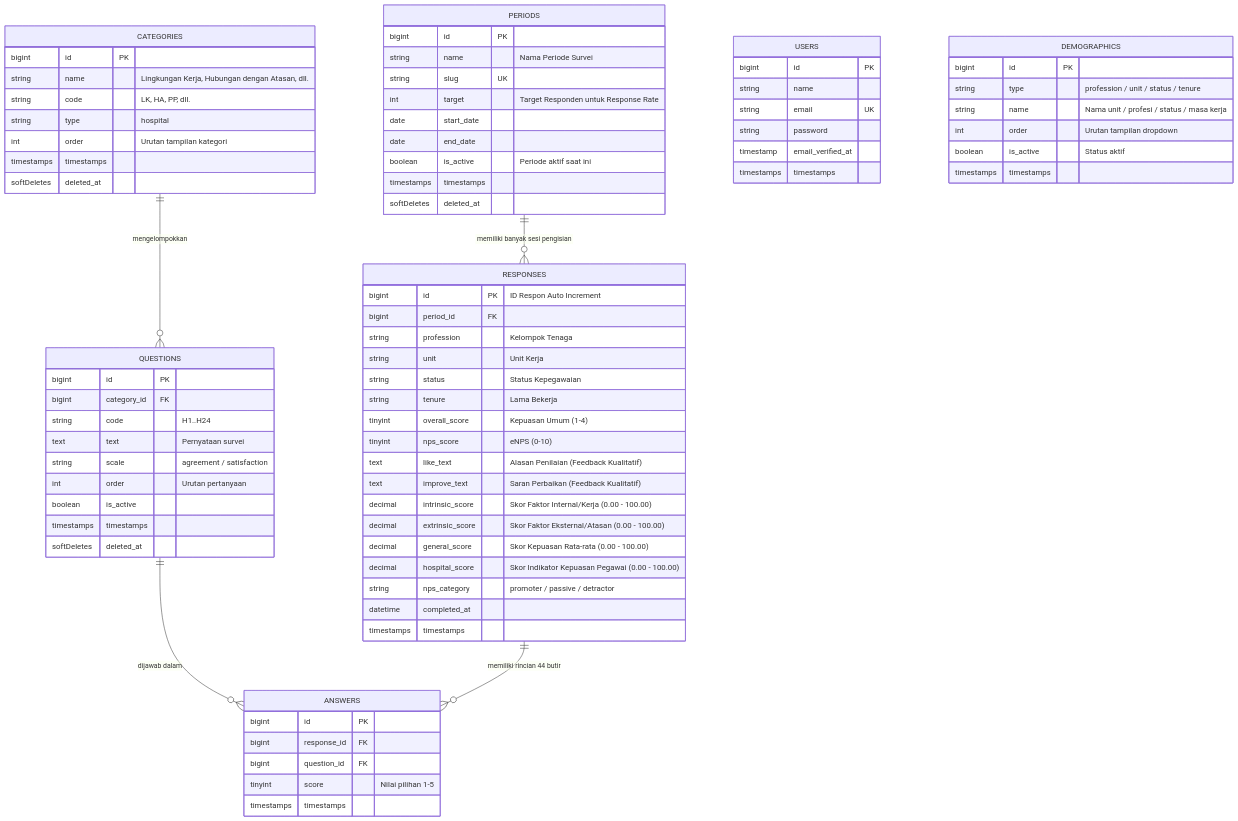
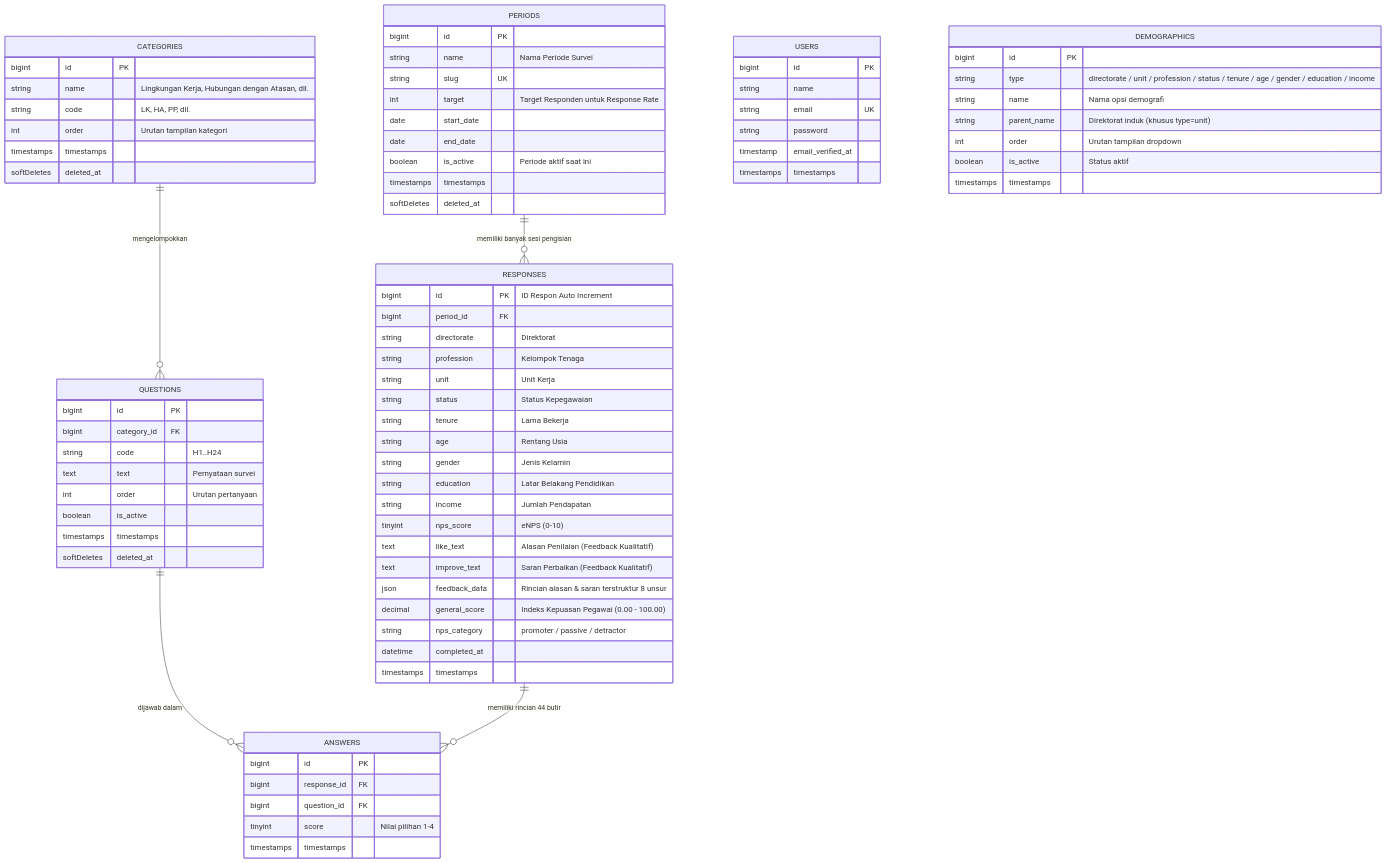
The diagram in docs/erd.md (Amadd11/HESS), drawn with Mermaid before and after one commit. The commit also changed other lines of this file and 63 other files, not shown here.

````diff
--- a/docs/erd.md
+++ b/docs/erd.md
@@ -34,8 +34,9 @@
 
     DEMOGRAPHICS {
         bigint id PK
-        string type "profession / unit / status / tenure"
-        string name "Nama unit / profesi / status / masa kerja"
+        string type "directorate / unit / profession / status / tenure / age / gender / education / income"
+        string name "Nama opsi demografi"
+        string parent_name "Direktorat induk (khusus type=unit)"
         int order "Urutan tampilan dropdown"
         boolean is_active "Status aktif"
         timestamps timestamps
@@ -57,7 +58,6 @@
         bigint id PK
         string name "Lingkungan Kerja, Hubungan dengan Atasan, dll."
         string code "LK, HA, PP, dll."
-        string type "hospital"
         int order "Urutan tampilan kategori"
         timestamps timestamps
         softDeletes deleted_at
@@ -68,7 +68,6 @@
         bigint category_id FK
         string code "H1..H24"
         text text "Pernyataan survei"
-        string scale "agreement / satisfaction"
         int order "Urutan pertanyaan"
         boolean is_active
         timestamps timestamps
@@ -78,18 +77,20 @@
     RESPONSES {
         bigint id PK "ID Respon Auto Increment"
         bigint period_id FK
+        string directorate "Direktorat"
         string profession "Kelompok Tenaga"
         string unit "Unit Kerja"
         string status "Status Kepegawaian"
         string tenure "Lama Bekerja"
-        tinyint overall_score "Kepuasan Umum (1-4)"
+        string age "Rentang Usia"
+        string gender "Jenis Kelamin"
+        string education "Latar Belakang Pendidikan"
+        string income "Jumlah Pendapatan"
         tinyint nps_score "eNPS (0-10)"
         text like_text "Alasan Penilaian (Feedback Kualitatif)"
         text improve_text "Saran Perbaikan (Feedback Kualitatif)"
-        decimal intrinsic_score "Skor Faktor Internal/Kerja (0.00 - 100.00)"
-        decimal extrinsic_score "Skor Faktor Eksternal/Atasan (0.00 - 100.00)"
-        decimal general_score "Skor Kepuasan Rata-rata (0.00 - 100.00)"
-        decimal hospital_score "Skor Indikator Kepuasan Pegawai (0.00 - 100.00)"
+        json feedback_data "Rincian alasan & saran terstruktur 8 unsur"
+        decimal general_score "Indeks Kepuasan Pegawai (0.00 - 100.00)"
         string nps_category "promoter / passive / detractor"
         datetime completed_at
         timestamps timestamps
@@ -99,7 +100,7 @@
         bigint id PK
         bigint response_id FK
         bigint question_id FK
-        tinyint score "Nilai pilihan 1-5"
+        tinyint score "Nilai pilihan 1-4"
         timestamps timestamps
     }
 ```
````
